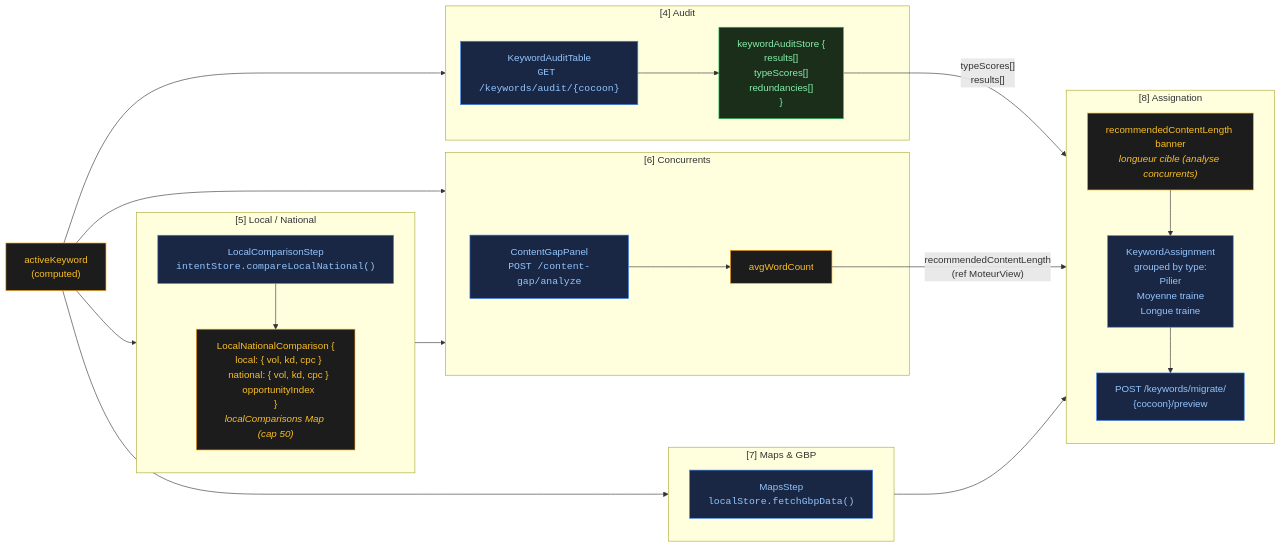
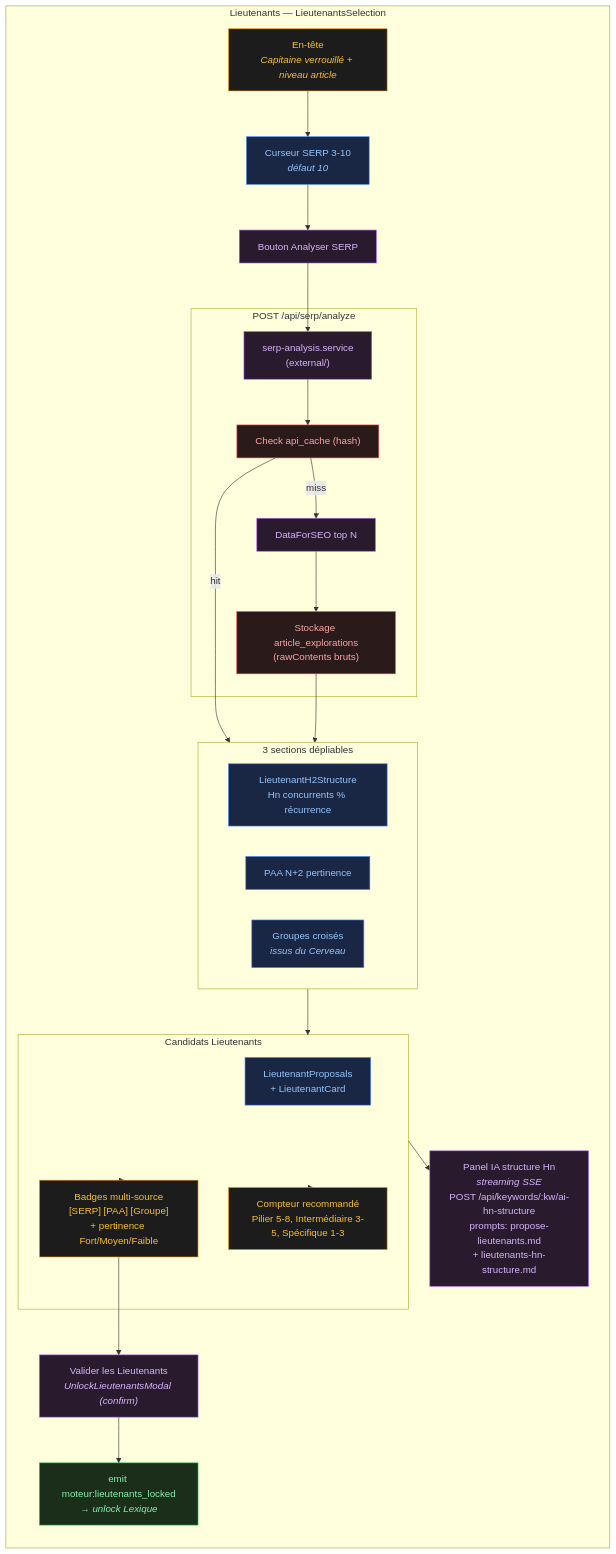
The fifth of 12 diagrams in docs/moteur-data-flow.md (annubis-knight/Blog_Redactor_SEO), drawn with Mermaid before and after one commit. The commit also changed other lines of this file and 400 other files, not shown here.

````diff
--- a/docs/moteur-data-flow.md
+++ b/docs/moteur-data-flow.md
@@ -231,48 +246,54 @@
 ```mermaid
 flowchart LR
   classDef tab fill:#1a2744,stroke:#3b82f6,color:#93c5fd
   classDef data fill:#1c1c1c,stroke:#f59e0b,color:#fbbf24
-  classDef store fill:#1a2e1a,stroke:#22c55e,color:#86efac
+  classDef action fill:#2a1a2e,stroke:#a855f7,color:#d8b4fe
+  classDef cache fill:#2a1a1a,stroke:#ef4444,color:#fca5a5
+  classDef emit fill:#1a2e1a,stroke:#22c55e,color:#86efac
 
-  AK["activeKeyword<br/>(computed)"]:::data
+  subgraph LT["Lieutenants — LieutenantsSelection"]
+    direction TB
 
-  subgraph T4["[4] Audit"]
-    AU["KeywordAuditTable<br/><code>GET /keywords/audit/{cocoon}</code>"]:::tab
-    AS["keywordAuditStore {<br/>  results[]<br/>  typeScores[]<br/>  redundancies[]<br/>}"]:::store
-    AU --> AS
+    HEAD["En-tête<br/><i>Capitaine verrouillé + niveau article</i>"]:::data
+    CURSOR["Curseur SERP 3-10<br/><i>défaut 10</i>"]:::tab
+    BTN["Bouton Analyser SERP"]:::action
+
+    subgraph API["POST /api/serp/analyze"]
+      SRV["serp-analysis.service<br/>(external/)"]:::action
+      CK["Check api_cache (hash)"]:::cache
+      DFSEO["DataForSEO top N"]:::action
+      STORE_DB["Stockage article_explorations<br/>(rawContents bruts)"]:::cache
+    end
+
+    subgraph SECTIONS["3 sections dépliables"]
+      H2["LieutenantH2Structure<br/>Hn concurrents % récurrence"]:::tab
+      PAA["PAA N+2 pertinence"]:::tab
+      GROUPS["Groupes croisés<br/><i>issus du Cerveau</i>"]:::tab
+    end
+
+    subgraph CANDIDATS["Candidats Lieutenants"]
+      LPROP["LieutenantProposals<br/>+ LieutenantCard"]:::tab
+      BADGES["Badges multi-source<br/>[SERP] [PAA] [Groupe]<br/>+ pertinence Fort/Moyen/Faible"]:::data
+      COUNT["Compteur recommandé<br/>Pilier 5-8, Intermédiaire 3-5, Spécifique 1-3"]:::data
+    end
+
+    AI_LT["Panel IA structure Hn<br/><i>streaming SSE</i><br/>POST /api/keywords/:kw/ai-hn-structure<br/>prompts: propose-lieutenants.md<br/>+ lieutenants-hn-structure.md"]:::action
+    VALIDATE["Valider les Lieutenants<br/><i>UnlockLieutenantsModal (confirm)</i>"]:::action
+    CHECK["emit moteur:lieutenants_locked<br/><i>→ unlock Lexique</i>"]:::emit
+
+    HEAD --> CURSOR
+    CURSOR --> BTN
+    BTN --> SRV
+    SRV --> CK
+    CK -->|miss| DFSEO
+    CK -->|hit| SECTIONS
+    DFSEO --> STORE_DB
+    STORE_DB --> SECTIONS
+    SECTIONS --> CANDIDATS
+    CANDIDATS --> BADGES
+    CANDIDATS --> COUNT
+    CANDIDATS --> AI_LT
+    BADGES --> VALIDATE
+    VALIDATE --> CHECK
   end
-
-  subgraph T5["[5] Local / National"]
-    LC["LocalComparisonStep<br/><code>intentStore.compareLocalNational()</code>"]:::tab
-    LR["LocalNationalComparison {<br/>  local: { vol, kd, cpc }<br/>  national: { vol, kd, cpc }<br/>  opportunityIndex<br/>}<br/><i>localComparisons Map (cap 50)</i>"]:::data
-    LC --> LR
-  end
-
-  subgraph T6["[6] Concurrents"]
-    CG["ContentGapPanel<br/><code>POST /content-gap/analyze</code>"]:::tab
-    CL["avgWordCount"]:::data
-    CG --> CL
-  end
-
-  subgraph T7["[7] Maps & GBP"]
-    MS["MapsStep<br/><code>localStore.fetchGbpData()</code>"]:::tab
-  end
-
-  subgraph T8["[8] Assignation"]
-    LB["recommendedContentLength banner<br/><i>longueur cible (analyse concurrents)</i>"]:::data
-    KA["KeywordAssignment<br/>grouped by type:<br/>  Pilier<br/>  Moyenne traine<br/>  Longue traine"]:::tab
-    MG["POST /keywords/migrate/<br/>{cocoon}/preview"]:::tab
-    LB --> KA
-    KA --> MG
-  end
-
-  AK --> T4
-  AK --> T5
-  AK --> T6
-  AK --> T7
-
-  AS -- "typeScores[]<br/>results[]" --> T8
-  CL -- "recommendedContentLength<br/>(ref MoteurView)" --> T8
-  T5 --> T6
-  T7 --> T8
 ```
````
